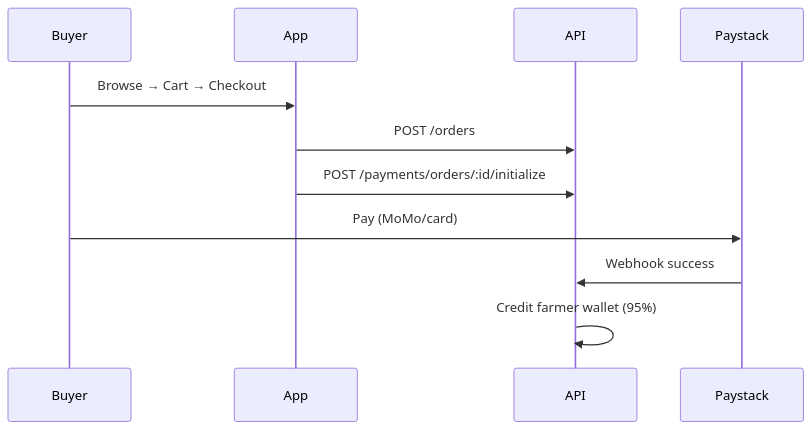
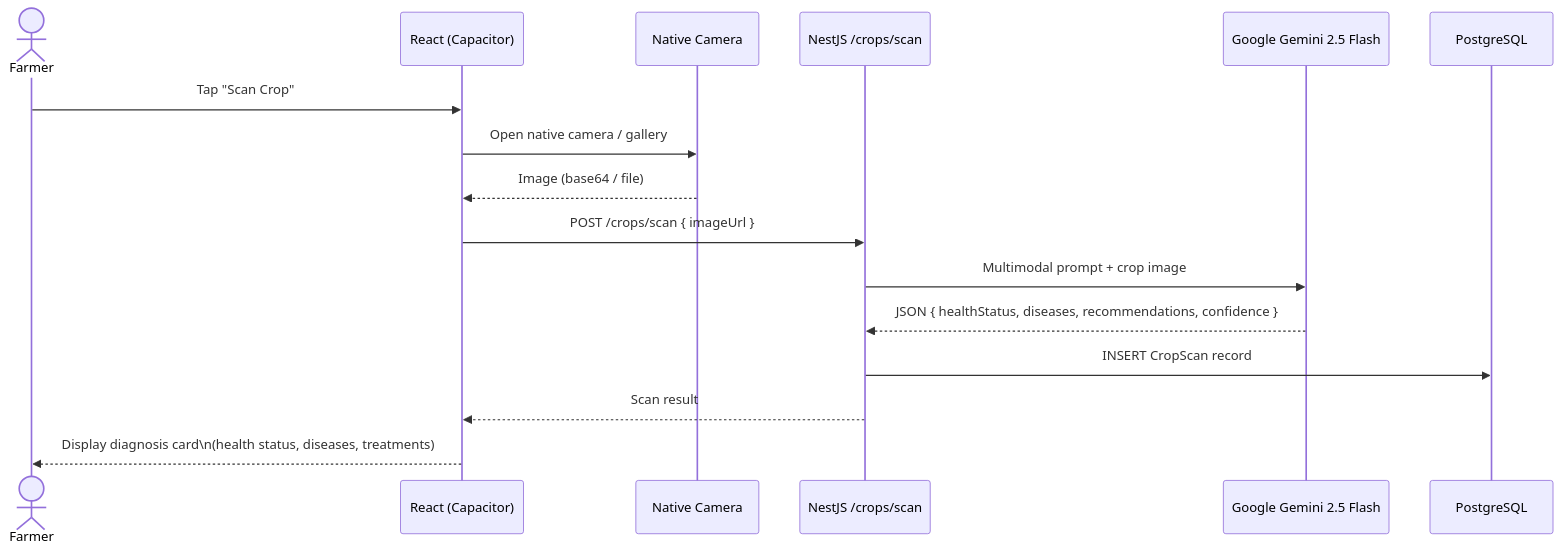
One commit to uplifttechGhana/Fresh-Link changed the third of 11 diagrams in README.md. Above: the diagram before and after it, drawn with Mermaid. The commit also changed other lines of this file, not shown here.

First line of the commit message:
Update README with comprehensive architecture, user stories, and flows

````diff
--- a/README.md
+++ b/README.md
@@ -168,14 +268,19 @@
 ```mermaid
 sequenceDiagram
-  participant B as Buyer
-  participant App
-  participant API
-  participant PS as Paystack
+  actor Farmer
+  participant App as React (Capacitor)
+  participant Camera as Native Camera
+  participant API as NestJS /crops/scan
+  participant Gemini as Google Gemini 2.5 Flash
+  participant DB as PostgreSQL
 
-  B->>App: Browse → Cart → Checkout
-  App->>API: POST /orders
-  App->>API: POST /payments/orders/:id/initialize
-  B->>PS: Pay (MoMo/card)
-  PS->>API: Webhook success
-  API->>API: Credit farmer wallet (95%)
+  Farmer->>App: Tap "Scan Crop"
+  App->>Camera: Open native camera / gallery
+  Camera-->>App: Image (base64 / file)
+  App->>API: POST /crops/scan { imageUrl }
+  API->>Gemini: Multimodal prompt + crop image
+  Gemini-->>API: JSON { healthStatus, diseases, recommendations, confidence }
+  API->>DB: INSERT CropScan record
+  API-->>App: Scan result
+  App-->>Farmer: Display diagnosis card\n(health status, diseases, treatments)
 ```
````
